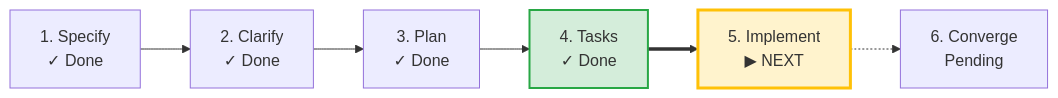
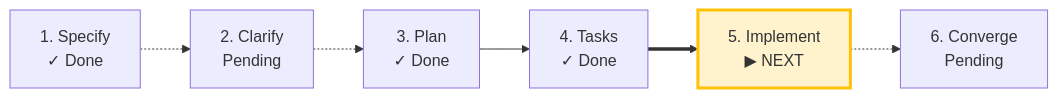
The diagram in specs/004-artifact-drift-mtime/lifecycle.md (k-electron/speckitplus), drawn with Mermaid before and after one commit. The commit also changed other lines of this file and 1 other file, not shown here.

````diff
--- a/specs/004-artifact-drift-mtime/lifecycle.md
+++ b/specs/004-artifact-drift-mtime/lifecycle.md
@@ -78,10 +87,9 @@
 ```mermaid
 graph LR
-    S["1. Specify<br/>✓ Done"] --> C["2. Clarify<br/>✓ Done"]
-    C --> P["3. Plan<br/>✓ Done"]
+    S["1. Specify<br/>✓ Done"] -.-> C["2. Clarify<br/>Pending"]
+    C -.-> P["3. Plan<br/>✓ Done"]
     P --> T["4. Tasks<br/>✓ Done"]
     T ==> I["5. Implement<br/>▶ NEXT"]
     I -.-> V["6. Converge<br/>Pending"]
-    style T fill:#d4edda,stroke:#28a745,stroke-width:2px
     style I fill:#fff3cd,stroke:#ffc107,stroke-width:3px
 ```
````
